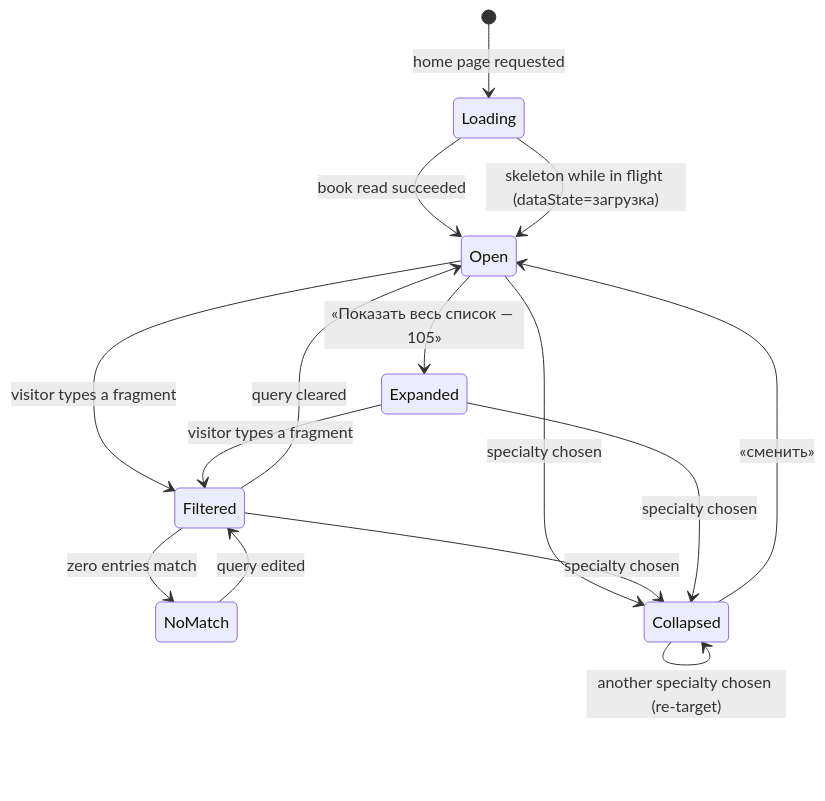
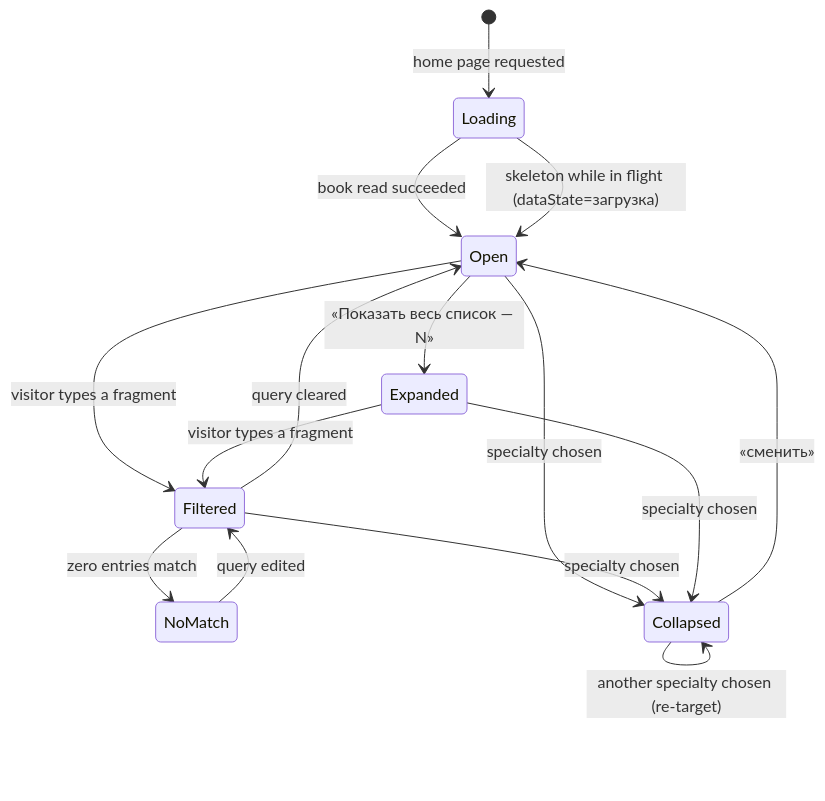
Before and after one commit to doctor-school/ds-platform: the third of 5 diagrams in apps/docs/content/specs/features/017-doctor-shell-specialties/017-design.md, drawn with Mermaid. The commit also changed other lines of this file and 10 other files, not shown here.

````diff
--- a/apps/docs/content/specs/features/017-doctor-shell-specialties/017-design.md
+++ b/apps/docs/content/specs/features/017-doctor-shell-specialties/017-design.md
@@ -95,17 +95,17 @@
 ```mermaid
 stateDiagram-v2
   [*] --> Loading: home page requested
   Loading --> Open: book read succeeded
   Loading --> Open: skeleton while in flight (dataState=загрузка)
   Open --> Filtered: visitor types a fragment
   Filtered --> Open: query cleared
   Filtered --> NoMatch: zero entries match
   NoMatch --> Filtered: query edited
-  Open --> Expanded: «Показать весь список — 105»
+  Open --> Expanded: «Показать весь список — N»
   Expanded --> Filtered: visitor types a fragment
   Open --> Collapsed: specialty chosen
   Filtered --> Collapsed: specialty chosen
   Expanded --> Collapsed: specialty chosen
   Collapsed --> Open: «сменить»
   Collapsed --> Collapsed: another specialty chosen (re-target)
 ```
````
